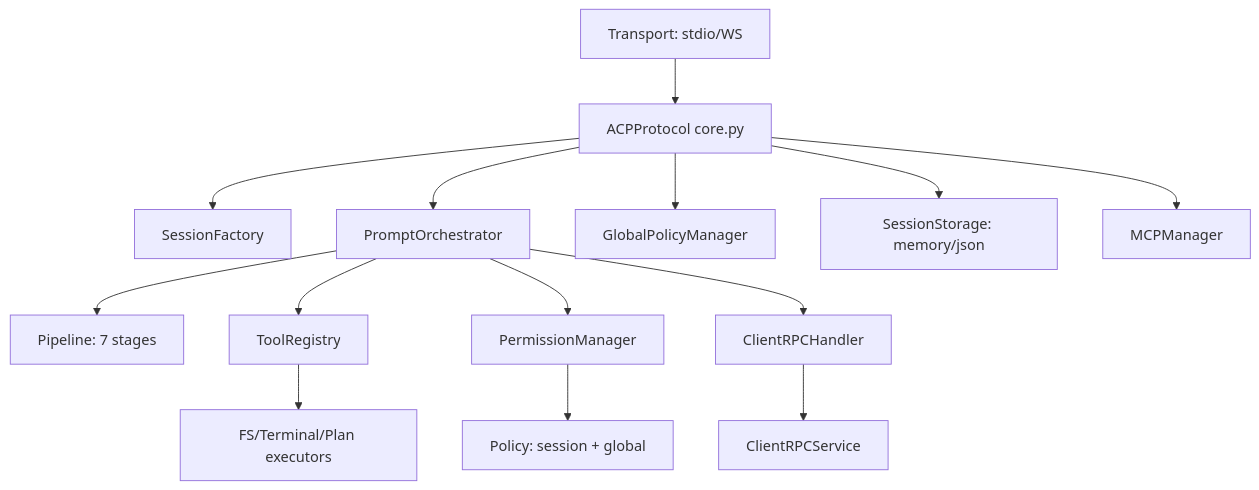
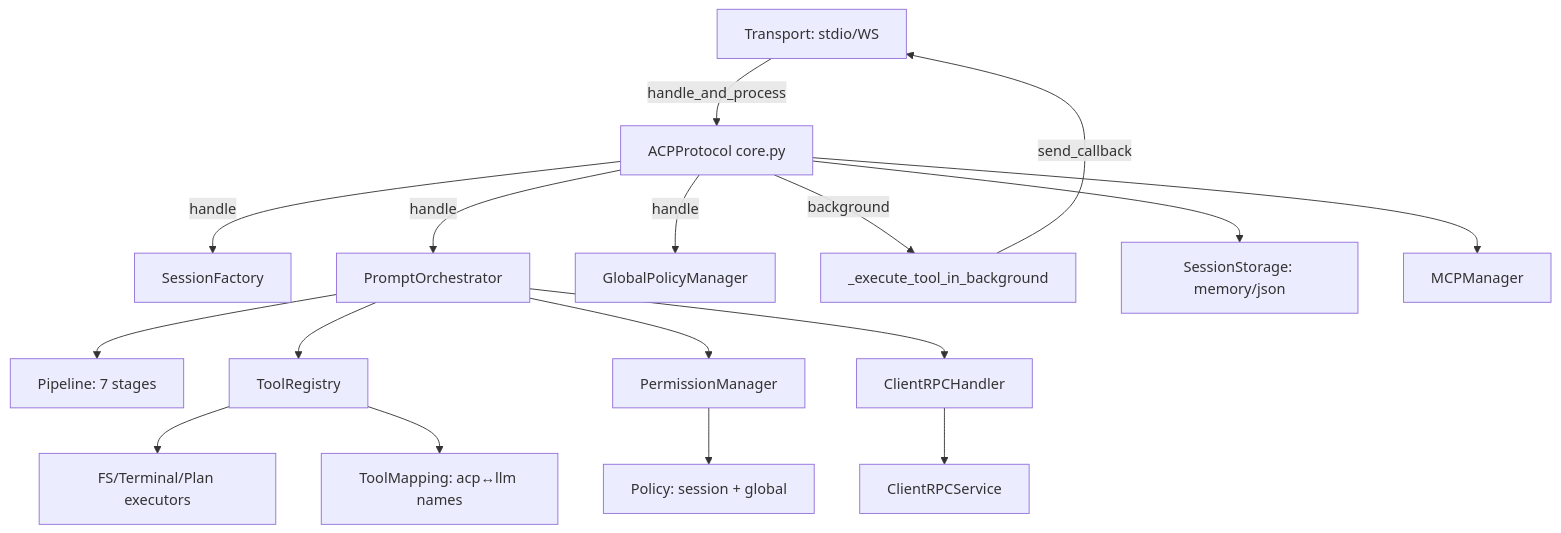
One commit to pese-git/codelab-ai changed the second of 5 diagrams in doc/architecture/ACP_IMPLEMENTATION_VERIFICATION.md. Above: the diagram before and after it, drawn with Mermaid. The commit also changed other lines of this file and 5 other files, not shown here.

First line of the commit message:
docs: обновить документацию и Mermaid-схемы по изменениям из feature/agent

````diff
--- a/doc/architecture/ACP_IMPLEMENTATION_VERIFICATION.md
+++ b/doc/architecture/ACP_IMPLEMENTATION_VERIFICATION.md
@@ -301,16 +316,19 @@
 ```mermaid
 graph TB
-    A[Transport: stdio/WS] --> B[ACPProtocol core.py]
-    B --> C[SessionFactory]
-    B --> D[PromptOrchestrator]
-    B --> E[GlobalPolicyManager]
-    D --> F[Pipeline: 7 stages]
-    D --> G[ToolRegistry]
-    D --> H[PermissionManager]
-    D --> I[ClientRPCHandler]
-    G --> J[FS/Terminal/Plan executors]
-    H --> K[Policy: session + global]
-    I --> L[ClientRPCService]
-    B --> M[SessionStorage: memory/json]
-    B --> N[MCPManager]
+    A[Transport: stdio/WS] -->|handle_and_process| B[ACPProtocol core.py]
+    B -->|handle| C[SessionFactory]
+    B -->|handle| D[PromptOrchestrator]
+    B -->|handle| E[GlobalPolicyManager]
+    B -->|background| F[_execute_tool_in_background]
+    F -->|send_callback| A
+    D --> G[Pipeline: 7 stages]
+    D --> H[ToolRegistry]
+    D --> I[PermissionManager]
+    D --> J[ClientRPCHandler]
+    H --> K[FS/Terminal/Plan executors]
+    H --> L[ToolMapping: acp↔llm names]
+    I --> M[Policy: session + global]
+    J --> N[ClientRPCService]
+    B --> O[SessionStorage: memory/json]
+    B --> P[MCPManager]
 ```
````
